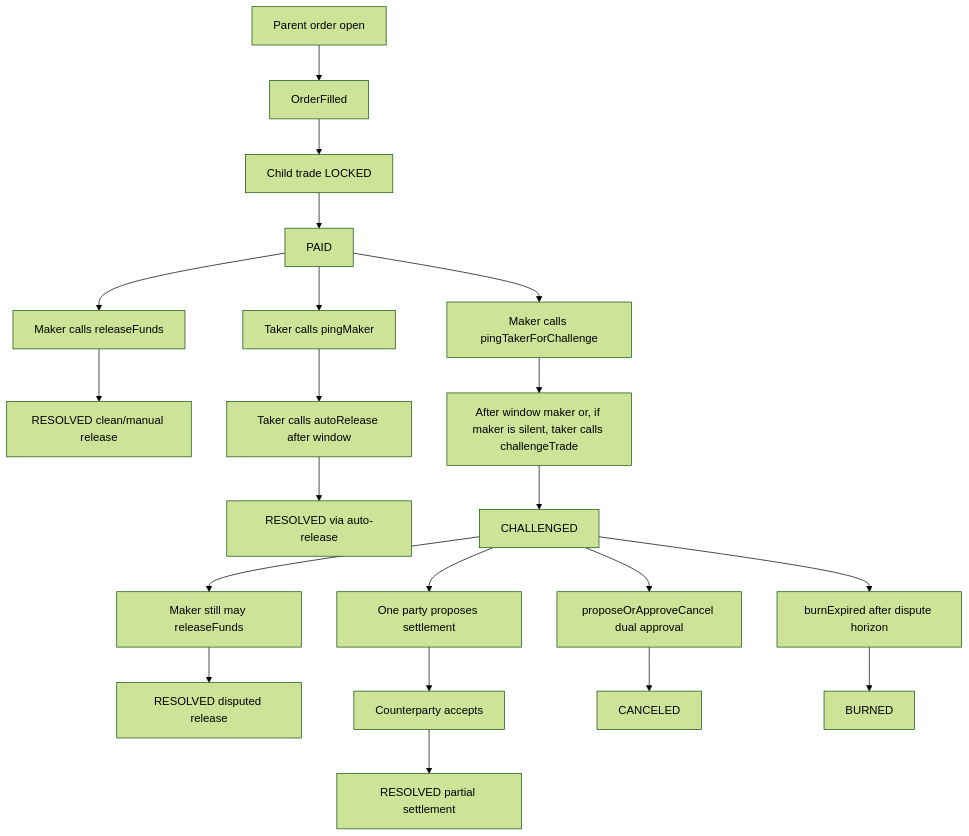
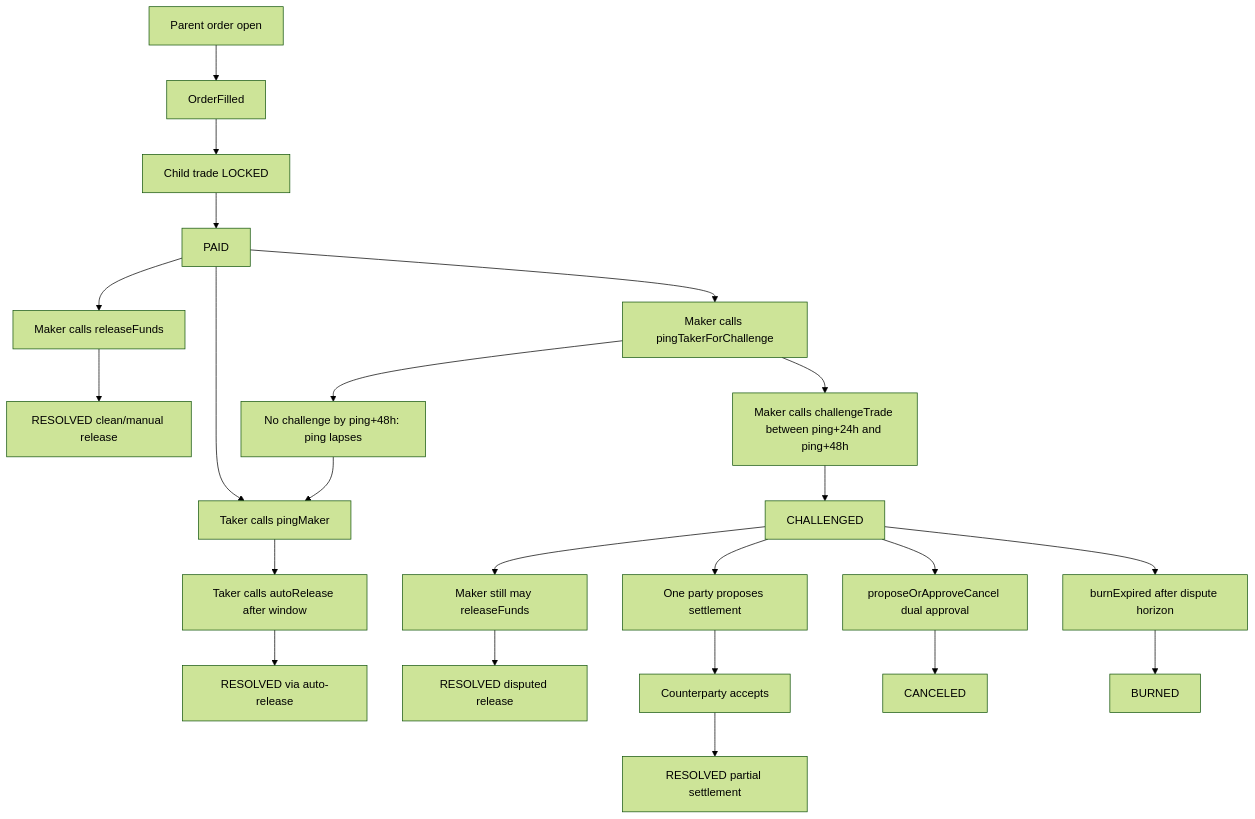
The first of 2 diagrams in docs/EN/GAME_THEORY.md (MyDemir/Araf-Protocol), drawn with Mermaid (forest theme) before and after one commit. The commit also changed other lines of this file and 3 other files, not shown here.

First line of the commit message:
docs: K2(B) ping düşer — ping zaman çizelgesi, senaryo tablosu; taker-challenge metinleri kaldırıldı (TR/EN)

````diff
--- a/docs/EN/GAME_THEORY.md
+++ b/docs/EN/GAME_THEORY.md
@@ -32,30 +32,32 @@
 ```mermaid
 flowchart TD
     parent_order[Parent order open] --> fill_event[OrderFilled]
     fill_event --> child_trade[Child trade LOCKED]
     child_trade --> paid_state[PAID]
 
     paid_state --> release_call[Maker calls releaseFunds]
     release_call --> resolved_normal[RESOLVED clean/manual release]
 
     paid_state --> ping_maker[Taker calls pingMaker]
     ping_maker --> auto_release[Taker calls autoRelease after window]
     auto_release --> resolved_penalty[RESOLVED via auto-release]
 
     paid_state --> ping_taker[Maker calls pingTakerForChallenge]
-    ping_taker --> challenge_call[After window maker or, if maker is silent, taker calls challengeTrade]
+    ping_taker --> challenge_call[Maker calls challengeTrade between ping+24h and ping+48h]
+    ping_taker --> ping_lapsed[No challenge by ping+48h: ping lapses]
+    ping_lapsed --> ping_maker
     challenge_call --> challenged_state[CHALLENGED]
 
     challenged_state --> release_after_challenge[Maker still may releaseFunds]
     release_after_challenge --> disputed_release[RESOLVED disputed release]
 
     challenged_state --> split_offer[One party proposes settlement]
     split_offer --> split_accept[Counterparty accepts]
     split_accept --> split_resolved[RESOLVED partial settlement]
 
     challenged_state --> cancel_dual[proposeOrApproveCancel dual approval]
     cancel_dual --> canceled_state[CANCELED]
 
     challenged_state --> burn_call[burnExpired after dispute horizon]
     burn_call --> burn_terminal[BURNED]
 ```
````
